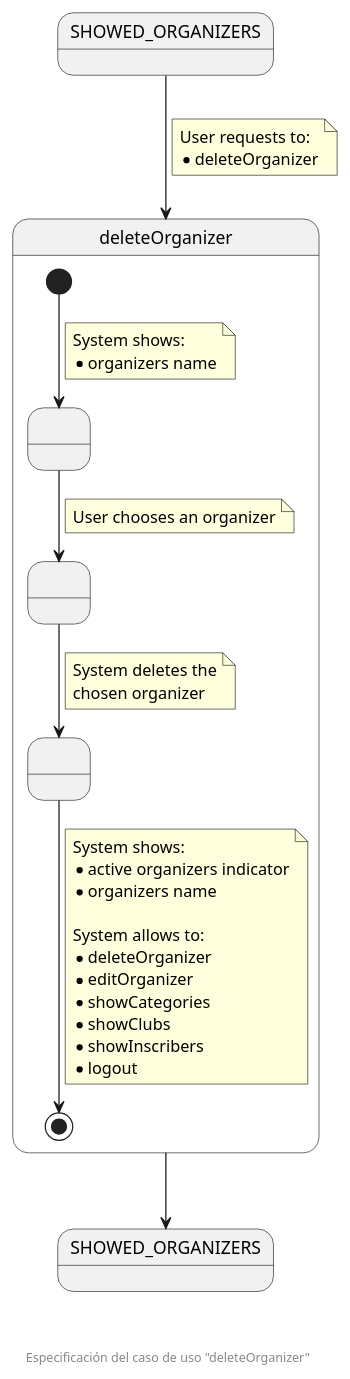
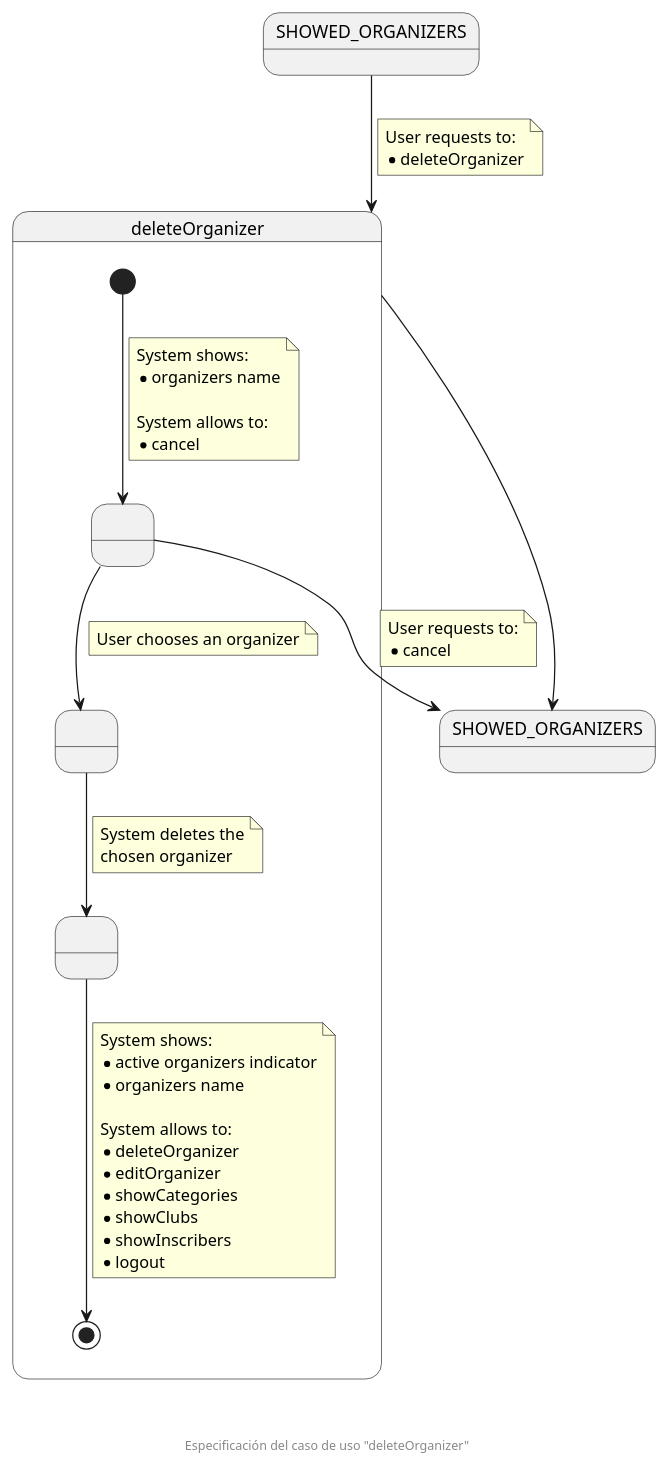
The diagram in documentation/diagrams/1_requirements/3_useCasesSpecification/organizationSecretary/08_deleteOrganizer.puml (zuldare/mastercloud_pfm_halterocms), drawn with PlantUML before and after one commit.

Commit message:
Add ability to cancel

```diff
--- a/documentation/diagrams/1_requirements/3_useCasesSpecification/organizationSecretary/08_deleteOrganizer.puml
+++ b/documentation/diagrams/1_requirements/3_useCasesSpecification/organizationSecretary/08_deleteOrganizer.puml
@@ -1,53 +1,60 @@
 @startuml
 state SHOWED_ORGANIZERS
-
+state "SHOWED_ORGANIZERS" as SHOWED_ORGANIZERS_F
 state deleteOrganizer {
   state " " as SHOWED_ORGANIZERS_TO_BE_DELETED
   state " " as CHOSEN_ORGANIZER
   state " " as ORGANIZER_DELETED
 
   [*] --> SHOWED_ORGANIZERS_TO_BE_DELETED
   note on link
     System shows:
     * organizers name
+
+    System allows to:
+    * cancel
   end note
   
   SHOWED_ORGANIZERS_TO_BE_DELETED --> CHOSEN_ORGANIZER
   note on link
     User chooses an organizer
+  end note
+
+  SHOWED_ORGANIZERS_TO_BE_DELETED --> SHOWED_ORGANIZERS_F
+  note on link
+    User requests to:
+    * cancel
   end note
 
   CHOSEN_ORGANIZER --> ORGANIZER_DELETED
   note on link
     System deletes the
     chosen organizer
   end note
 
   ORGANIZER_DELETED --> [*]
   note on link
     System shows:
     * active organizers indicator
     * organizers name
 
     System allows to:
     * deleteOrganizer
     * editOrganizer
     * showCategories
     * showClubs
     * showInscribers
     * logout
   end note
 }
 
-state "SHOWED_ORGANIZERS" as SHOWED_ORGANIZERS_F
-
 SHOWED_ORGANIZERS --> deleteOrganizer
 note on link
   User requests to:
   * deleteOrganizer
 end note
 
 deleteOrganizer --> SHOWED_ORGANIZERS_F
 
 footer \n\n\n Especificación del caso de uso "deleteOrganizer"
 @enduml
```
